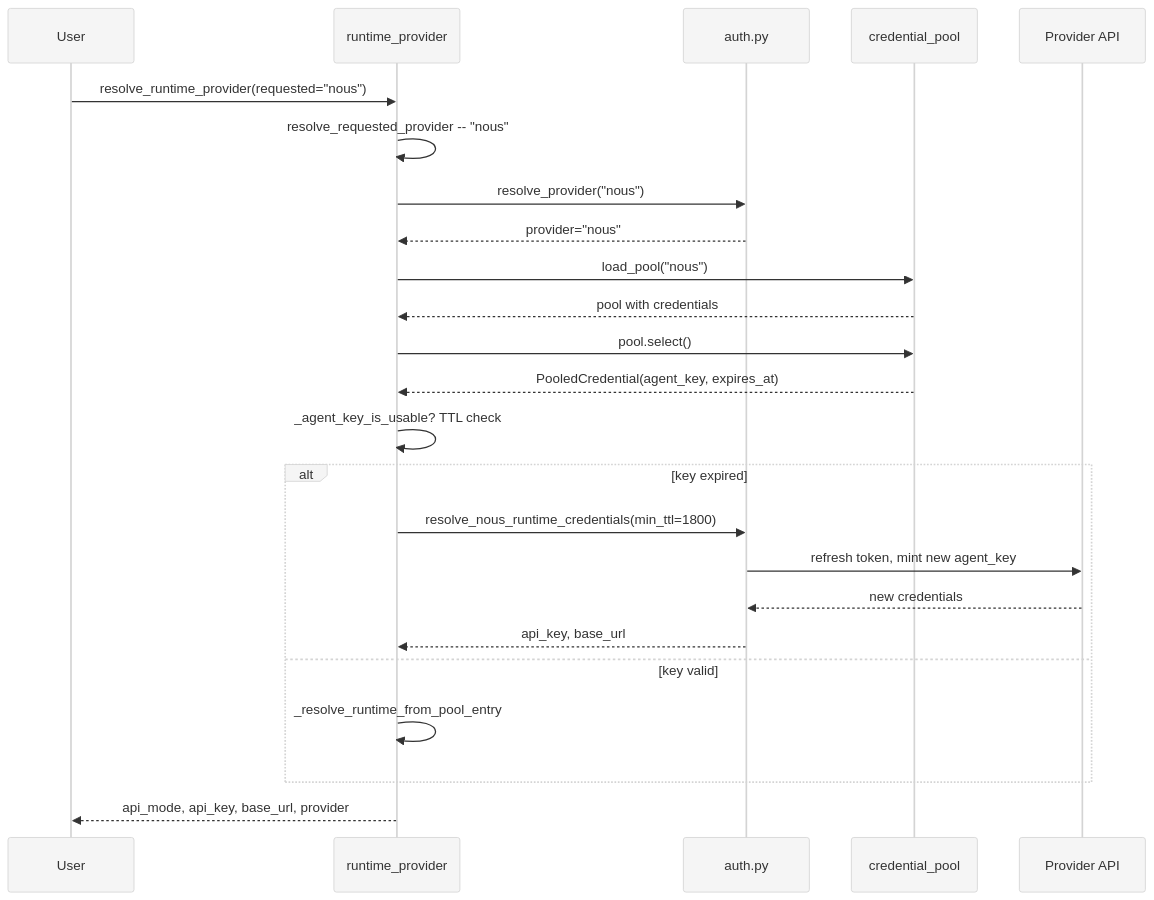
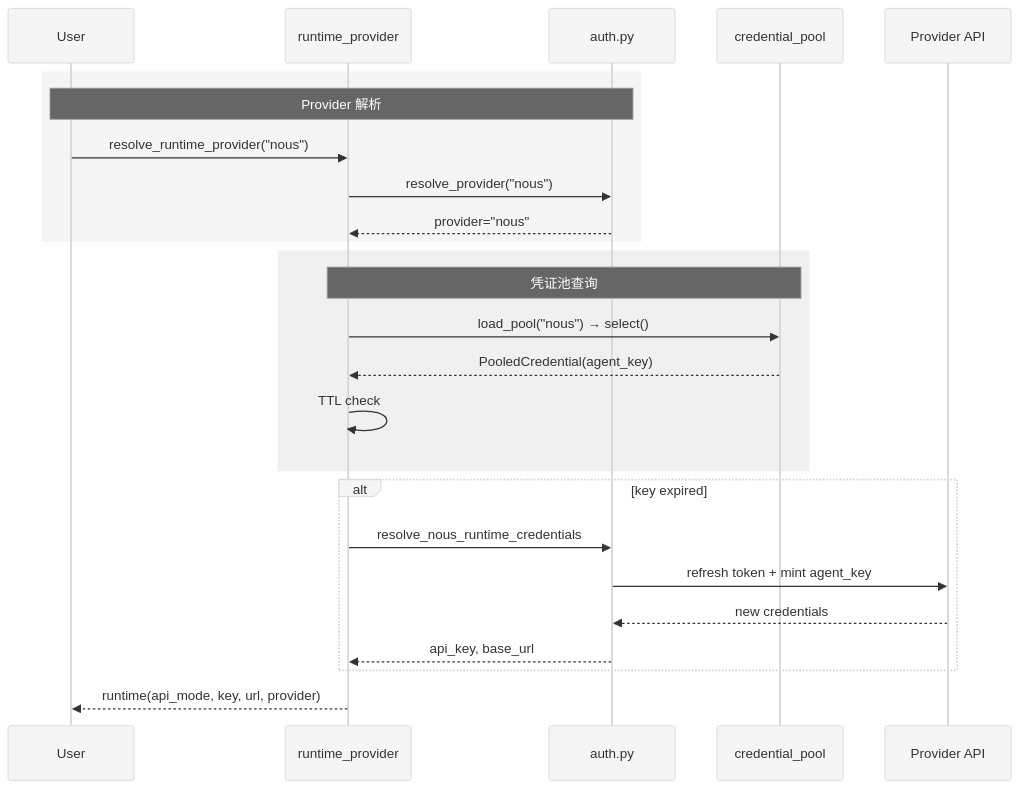
Before and after one commit to xiaonancs/hermes-agent-study: the second of 2 diagrams in Part I 原理与使用/07-Provider与API模式.md, drawn with Mermaid. The commit also changed other lines of this file and 32 other files, not shown here.

First line of the commit message:
Mermaid 图表修复：白色背景板 + 长宽比优化

````diff
--- a/Part I 原理与使用/07-Provider与API模式.md
+++ b/Part I 原理与使用/07-Provider与API模式.md
@@ -133,28 +133,29 @@
 ```mermaid
 %%{init: {'theme': 'neutral', 'themeVariables': {'background': '#ffffff', 'primaryColor': '#f5f5f5', 'primaryTextColor': '#000000', 'primaryBorderColor': '#333333', 'lineColor': '#444444', 'textColor': '#000000', 'mainBkg': '#f5f5f5', 'nodeBorder': '#333333', 'clusterBkg': '#fafafa', 'clusterBorder': '#888888', 'edgeLabelBackground': '#ffffff'}}}%%
 sequenceDiagram
     participant User as User
     participant RTP as runtime_provider
     participant Auth as auth.py
     participant Pool as credential_pool
     participant API as Provider API
 
-    User->>RTP: resolve_runtime_provider(requested="nous")
-    RTP->>RTP: resolve_requested_provider -- "nous"
-    RTP->>Auth: resolve_provider("nous")
-    Auth-->>RTP: provider="nous"
-    RTP->>Pool: load_pool("nous")
-    Pool-->>RTP: pool with credentials
-    RTP->>Pool: pool.select()
-    Pool-->>RTP: PooledCredential(agent_key, expires_at)
-    RTP->>RTP: _agent_key_is_usable? TTL check
+    rect rgb(245, 245, 245)
+        Note over User,Auth: Provider 解析
+        User->>RTP: resolve_runtime_provider("nous")
+        RTP->>Auth: resolve_provider("nous")
+        Auth-->>RTP: provider="nous"
+    end
+    rect rgb(240, 240, 240)
+        Note over RTP,Pool: 凭证池查询
+        RTP->>Pool: load_pool("nous") → select()
+        Pool-->>RTP: PooledCredential(agent_key)
+        RTP->>RTP: TTL check
+    end
     alt key expired
-        RTP->>Auth: resolve_nous_runtime_credentials(min_ttl=1800)
-        Auth->>API: refresh token, mint new agent_key
+        RTP->>Auth: resolve_nous_runtime_credentials
+        Auth->>API: refresh token + mint agent_key
         API-->>Auth: new credentials
         Auth-->>RTP: api_key, base_url
-    else key valid
-        RTP->>RTP: _resolve_runtime_from_pool_entry
     end
-    RTP-->>User: api_mode, api_key, base_url, provider
+    RTP-->>User: runtime(api_mode, key, url, provider)
 ```
````
